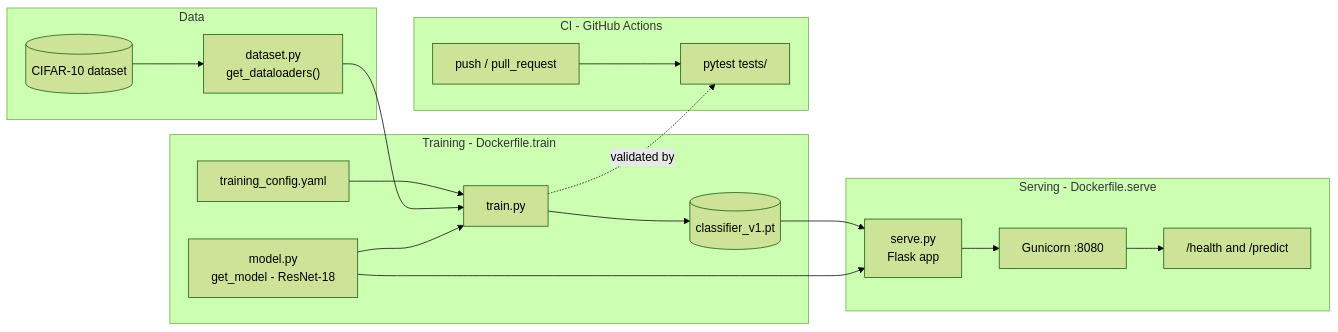
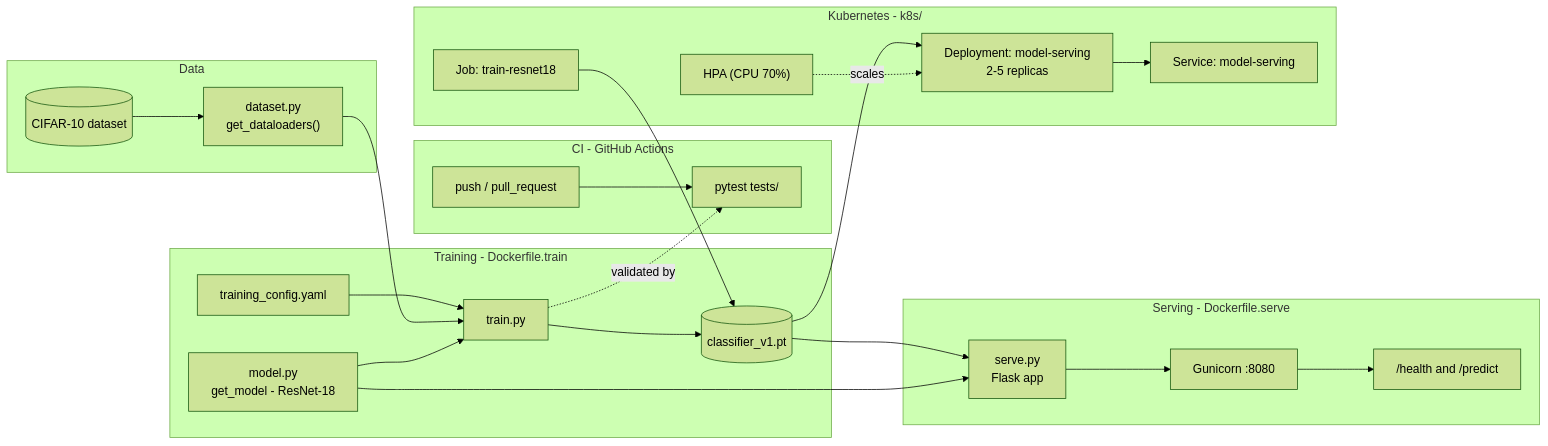
One commit to SupratimChatterjee5/mlops-pytorch-pipeline changed the diagram in README.md. Above: the diagram before and after it, drawn with Mermaid (forest theme). The commit also changed other lines of this file, not shown here.

Commit message:
added kubernetes section to readme

````diff
--- a/README.md
+++ b/README.md
@@ -7,26 +7,33 @@
 ```mermaid
 flowchart LR
     subgraph Data["Data"]
         DS[("CIFAR-10 dataset")] --> DL["dataset.py<br/>get_dataloaders()"]
     end
 
     subgraph Training["Training - Dockerfile.train"]
         CFG["training_config.yaml"] --> TR["train.py"]
         DL --> TR
         MDL["model.py<br/>get_model - ResNet-18"] --> TR
         TR --> CKPT[("classifier_v1.pt")]
     end
 
     subgraph Serving["Serving - Dockerfile.serve"]
         CKPT --> SRV["serve.py<br/>Flask app"]
         MDL --> SRV
         SRV --> GUN["Gunicorn :8080"]
         GUN --> EP["/health and /predict"]
     end
 
     subgraph CI["CI - GitHub Actions"]
         PUSH["push / pull_request"] --> TEST["pytest tests/"]
     end
 
+    subgraph K8s["Kubernetes - k8s/"]
+        JOB["Job: train-resnet18"] --> CKPT
+        CKPT --> DEP["Deployment: model-serving<br/>2-5 replicas"]
+        DEP --> SVC["Service: model-serving"]
+        HPA["HPA (CPU 70%)"] -.scales.-> DEP
+    end
+
     TR -. validated by .-> TEST
 ```
````
